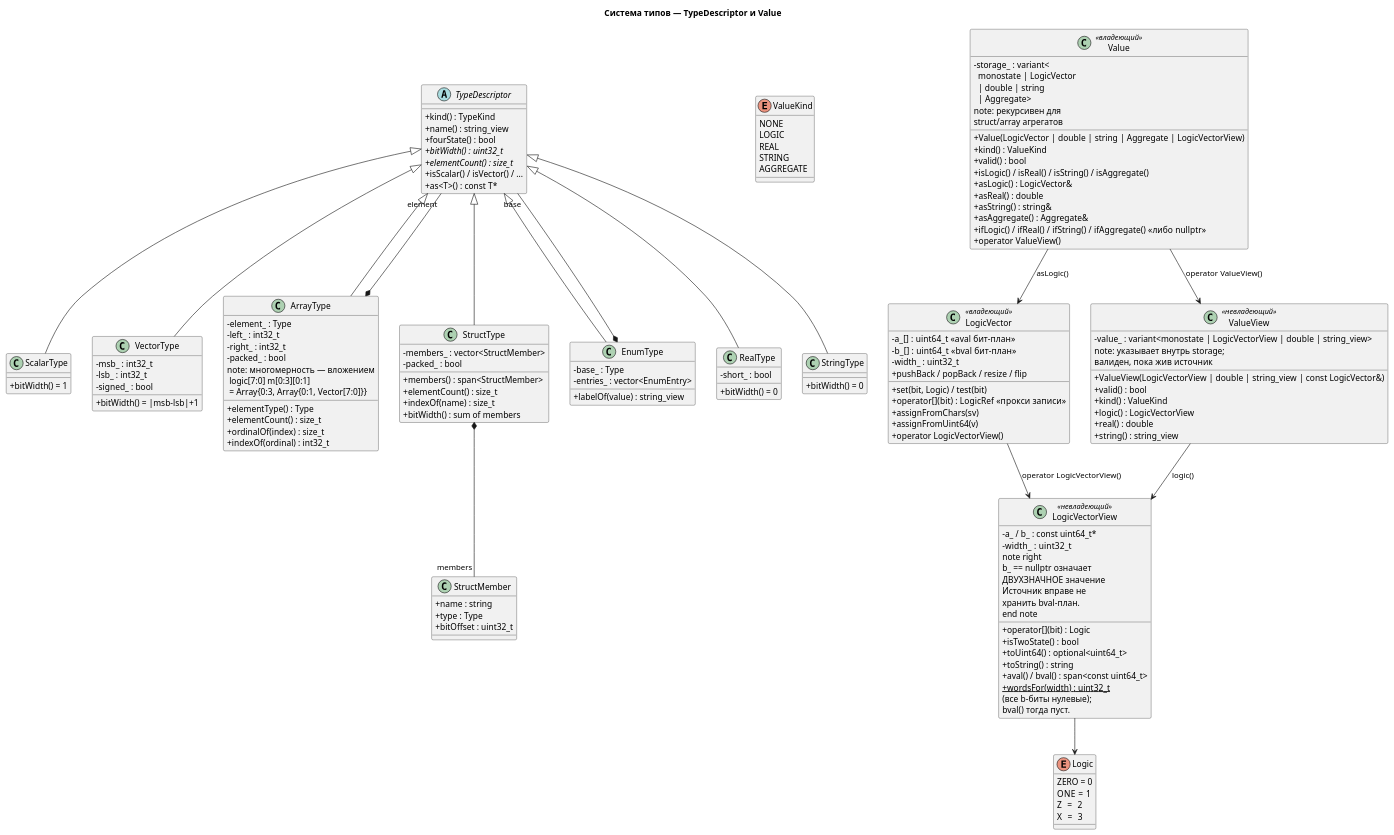
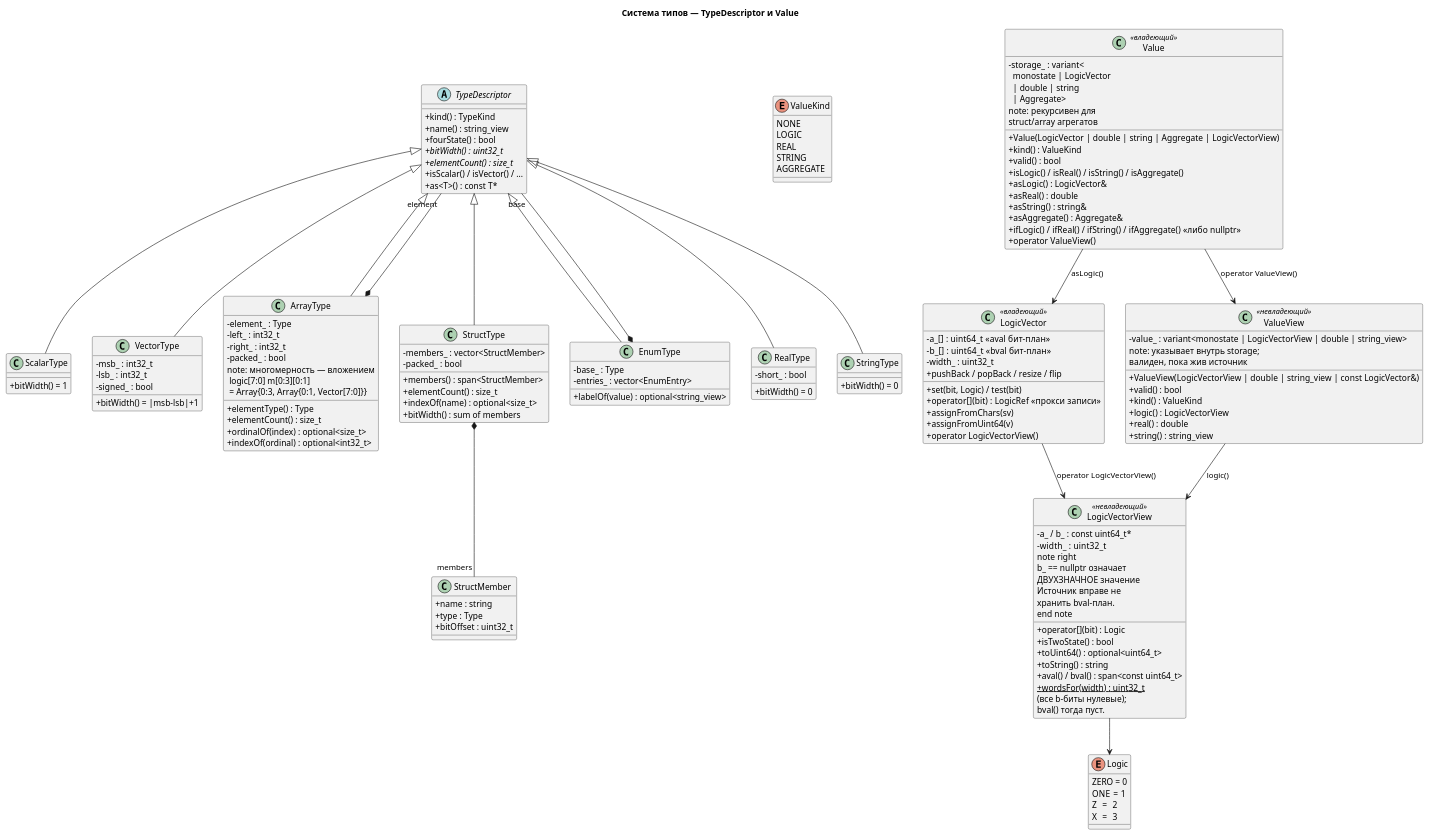
One commit to gikon3/wasafe changed the diagram in docs/uml/02_types.puml. Above: the diagram before and after it, drawn with PlantUML. The commit also changed 5 other files, not shown here.

```diff
--- a/docs/uml/02_types.puml
+++ b/docs/uml/02_types.puml
@@ -1,162 +1,162 @@
 @startuml 02_types
 title Система типов — TypeDescriptor и Value
 
 skinparam classAttributeIconSize 0
 skinparam defaultFontName Consolas
 
 ' ──────────────── Иерархия типов ────────────────
 abstract class TypeDescriptor {
     + kind() : TypeKind
     + name() : string_view
     + fourState() : bool
     + {abstract} bitWidth() : uint32_t
     + {abstract} elementCount() : size_t
     + isScalar() / isVector() / ...
     + as<T>() : const T*
 }
 
 class ScalarType {
     + bitWidth() = 1
 }
 
 class VectorType {
     - msb_ : int32_t
     - lsb_ : int32_t
     - signed_ : bool
     + bitWidth() = |msb-lsb|+1
 }
 
 class ArrayType {
     - element_ : Type
     - left_ : int32_t
     - right_ : int32_t
     - packed_ : bool
     + elementType() : Type
     + elementCount() : size_t
-    + ordinalOf(index) : size_t
-    + indexOf(ordinal) : int32_t
+    + ordinalOf(index) : optional<size_t>
+    + indexOf(ordinal) : optional<int32_t>
     note: многомерность — вложением\n logic[7:0] m[0:3][0:1]\n = Array{0:3, Array{0:1, Vector[7:0]}}
 }
 
 class StructType {
     - members_ : vector<StructMember>
     - packed_ : bool
     + members() : span<StructMember>
     + elementCount() : size_t
-    + indexOf(name) : size_t
+    + indexOf(name) : optional<size_t>
     + bitWidth() : sum of members
 }
 
 class EnumType {
     - base_ : Type
     - entries_ : vector<EnumEntry>
-    + labelOf(value) : string_view
+    + labelOf(value) : optional<string_view>
 }
 
 class RealType {
     - short_ : bool
     + bitWidth() = 0
 }
 
 class StringType {
     + bitWidth() = 0
 }
 
 TypeDescriptor <|-- ScalarType
 TypeDescriptor <|-- VectorType
 TypeDescriptor <|-- ArrayType
 TypeDescriptor <|-- StructType
 TypeDescriptor <|-- EnumType
 TypeDescriptor <|-- RealType
 TypeDescriptor <|-- StringType
 
 ArrayType *-- "element" TypeDescriptor
 StructType *-- "members" StructMember
 EnumType *-- "base" TypeDescriptor
 
 class StructMember {
     + name : string
     + type : Type
     + bitOffset : uint32_t
 }
 
 ' ──────────────── Значения ────────────────
 enum ValueKind {
     NONE
     LOGIC
     REAL
     STRING
     AGGREGATE
 }
 
 class LogicVector <<владеющий>> {
     - a_[] : uint64_t  «aval бит-план»
     - b_[] : uint64_t  «bval бит-план»
     - width_ : uint32_t
     + set(bit, Logic) / test(bit)
     + operator[](bit) : LogicRef  «прокси записи»
     + assignFromChars(sv)
     + assignFromUint64(v)
     + pushBack / popBack / resize / flip
     + operator LogicVectorView()
 }
 
 class LogicVectorView <<невладеющий>> {
     - a_ / b_ : const uint64_t*
     - width_  : uint32_t
     + operator[](bit) : Logic
     + isTwoState() : bool
     + toUint64() : optional<uint64_t>
     + toString() : string
     + aval() / bval() : span<const uint64_t>
     + {static} wordsFor(width) : uint32_t
     note right
       b_ == nullptr означает
       ДВУХЗНАЧНОЕ значение
       (все b-биты нулевые);
       bval() тогда пуст.
       Источник вправе не
       хранить bval-план.
     end note
 }
 
 class Value <<владеющий>> {
     - storage_ : variant<\n  monostate | LogicVector\n  | double | string\n  | Aggregate>
     + Value(LogicVector | double | string | Aggregate | LogicVectorView)
     + kind() : ValueKind
     + valid() : bool
     + isLogic() / isReal() / isString() / isAggregate()
     + asLogic() : LogicVector&
     + asReal() : double
     + asString() : string&
     + asAggregate() : Aggregate&
     + ifLogic() / ifReal() / ifString() / ifAggregate()  «либо nullptr»
     + operator ValueView()
     note: рекурсивен для\nstruct/array агрегатов
 }
 
 class ValueView <<невладеющий>> {
     - value_ : variant<monostate | LogicVectorView | double | string_view>
     + ValueView(LogicVectorView | double | string_view | const LogicVector&)
     + valid() : bool
     + kind() : ValueKind
     + logic() : LogicVectorView
     + real() : double
     + string() : string_view
     note: указывает внутрь storage;\nвалиден, пока жив источник
 }
 
 enum Logic {
     ZERO = 0
     ONE  = 1
     Z    = 2
     X    = 3
 }
 
 LogicVectorView --> Logic
 LogicVector --> LogicVectorView : operator LogicVectorView()
 Value --> LogicVector : asLogic()
 Value --> ValueView : operator ValueView()
 ValueView --> LogicVectorView : logic()
 
 @enduml
```
